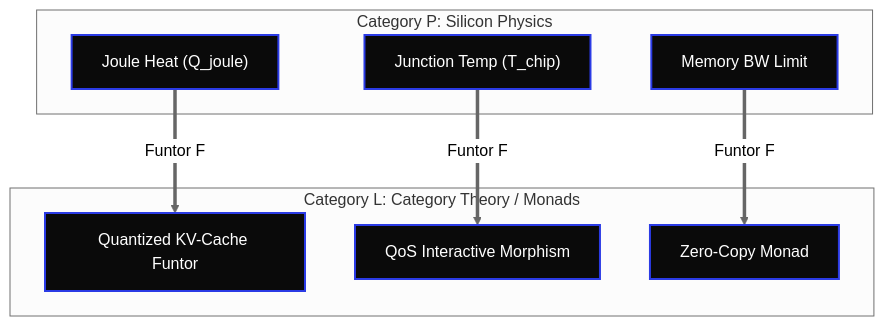
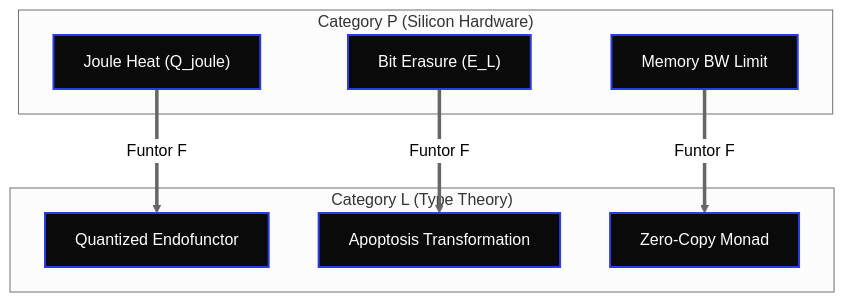
Before and after one commit to borjamoskv/teorema-robinson-moskv: the diagram in borjamoskv/Teorema-Robinson-Moskv/cortex/agents/ontology/ouroboros_category_apex.md, drawn with Mermaid (neutral theme). The commit also changed other lines of this file, not shown here.

Commit message:
[bridge] refactor(ontology): densify category theory isomorphism with UltraThink

````diff
--- a/borjamoskv/Teorema-Robinson-Moskv/cortex/agents/ontology/ouroboros_category_apex.md
+++ b/borjamoskv/Teorema-Robinson-Moskv/cortex/agents/ontology/ouroboros_category_apex.md
@@ -25,27 +46,28 @@
 ```mermaid
 graph TD
-    subgraph PhysicalCategory[Category P: Silicon Physics]
-        Q_Joule["Joule Heat (Q_joule)"]
-        T_Chip["Junction Temp (T_chip)"]
-        BW_Mem["Memory BW Limit"]
+    %% Categories
+    subgraph P["Category P (Silicon Hardware)"]
+        Joule["Joule Heat (Q_joule)"]
+        Erasure["Bit Erasure (E_L)"]
+        BW["Memory BW Limit"]
     end
 
-    subgraph LogicalCategory[Category L: Category Theory / Monads]
-        Map_Quant["Quantized KV-Cache Funtor"]
-        QoS_Morphism["QoS Interactive Morphism"]
-        ZeroCopy_Monad["Zero-Copy Monad"]
+    subgraph L["Category L (Type Theory)"]
+        Quant["Quantized Endofunctor"]
+        Apopt["Apoptosis Transformation"]
+        ZCopy["Zero-Copy Monad"]
     end
 
-    %% Functor mappings
-    Q_Joule ==>|Funtor F| Map_Quant
-    T_Chip ==>|Funtor F| QoS_Morphism
-    BW_Mem ==>|Funtor F| ZeroCopy_Monad
+    %% Functor mapping
+    Joule ==>|Funtor F| Quant
+    Erasure ==>|Funtor F| Apopt
+    BW ==>|Funtor F| ZCopy
 
-    style Q_Joule fill:#0A0A0A,stroke:#2B3BE5,stroke-width:2px,color:#FFF
-    style T_Chip fill:#0A0A0A,stroke:#2B3BE5,stroke-width:2px,color:#FFF
-    style BW_Mem fill:#0A0A0A,stroke:#2B3BE5,stroke-width:2px,color:#FFF
+    style Joule fill:#0A0A0A,stroke:#2B3BE5,stroke-width:2px,color:#FFF
+    style Erasure fill:#0A0A0A,stroke:#2B3BE5,stroke-width:2px,color:#FFF
+    style BW fill:#0A0A0A,stroke:#2B3BE5,stroke-width:2px,color:#FFF
 
-    style Map_Quant fill:#0A0A0A,stroke:#2B3BE5,stroke-width:2px,color:#FFF
-    style QoS_Morphism fill:#0A0A0A,stroke:#2B3BE5,stroke-width:2px,color:#FFF
-    style ZeroCopy_Monad fill:#0A0A0A,stroke:#2B3BE5,stroke-width:2px,color:#FFF
+    style Quant fill:#0A0A0A,stroke:#2B3BE5,stroke-width:2px,color:#FFF
+    style Apopt fill:#0A0A0A,stroke:#2B3BE5,stroke-width:2px,color:#FFF
+    style ZCopy fill:#0A0A0A,stroke:#2B3BE5,stroke-width:2px,color:#FFF
 ```
````
